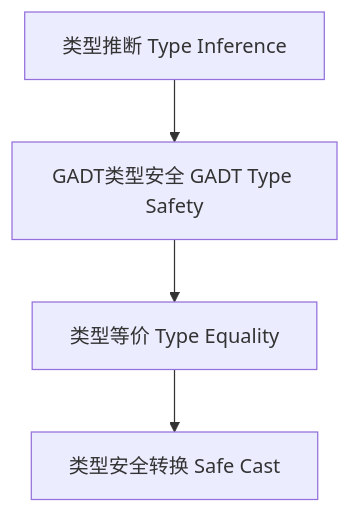
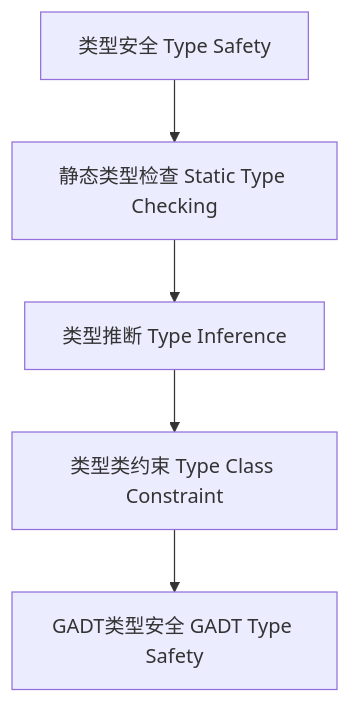
One commit to AdaMartin18010/haskell changed the diagram in docs/analysis/Type/01-Type-Safety-in-Haskell.md. Above: the diagram before and after it, drawn with Mermaid. The commit also changed other lines of this file and 3 other files, not shown here.

````diff
--- a/docs/analysis/Type/01-Type-Safety-in-Haskell.md
+++ b/docs/analysis/Type/01-Type-Safety-in-Haskell.md
@@ -78,6 +74,7 @@
 ```mermaid
 graph TD
-  A[类型推断 Type Inference] --> B[GADT类型安全 GADT Type Safety]
-  B --> C[类型等价 Type Equality]
-  C --> D[类型安全转换 Safe Cast]
+  A[类型安全 Type Safety] --> B[静态类型检查 Static Type Checking]
+  B --> C[类型推断 Type Inference]
+  C --> D[类型类约束 Type Class Constraint]
+  D --> E[GADT类型安全 GADT Type Safety]
 ```
````
